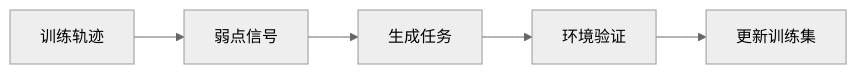
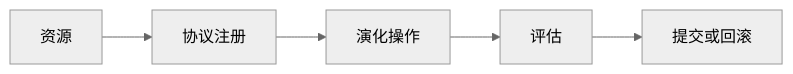
Diagram 18 of 20 in docs/agent-engineering/self-evolve/路线总览.md (pofossette/guidebooks), drawn with Mermaid (neutral theme) before and after one commit. The commit also changed other lines of this file and 11 other files, not shown here.

````diff
--- a/docs/agent-engineering/self-evolve/路线总览.md
+++ b/docs/agent-engineering/self-evolve/路线总览.md
@@ -283,7 +307,7 @@
 ```mermaid
 flowchart LR
-    A6[训练轨迹] --> B6[弱点信号]
-    B6 --> C6[生成任务]
-    C6 --> D6[环境验证]
-    D6 --> E6[更新训练集]
+    A6[资源] --> B6[协议注册]
+    B6 --> C6[演化操作]
+    C6 --> D6[评估]
+    D6 --> E6[提交或回滚]
 ```
````
